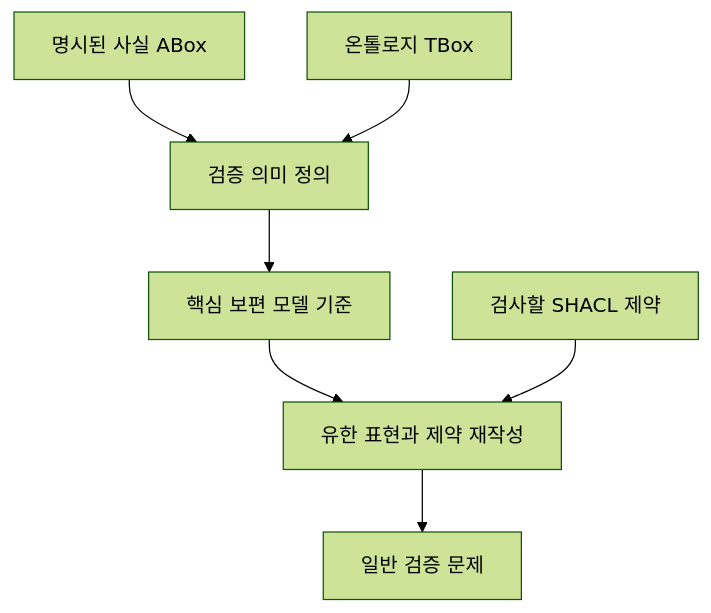
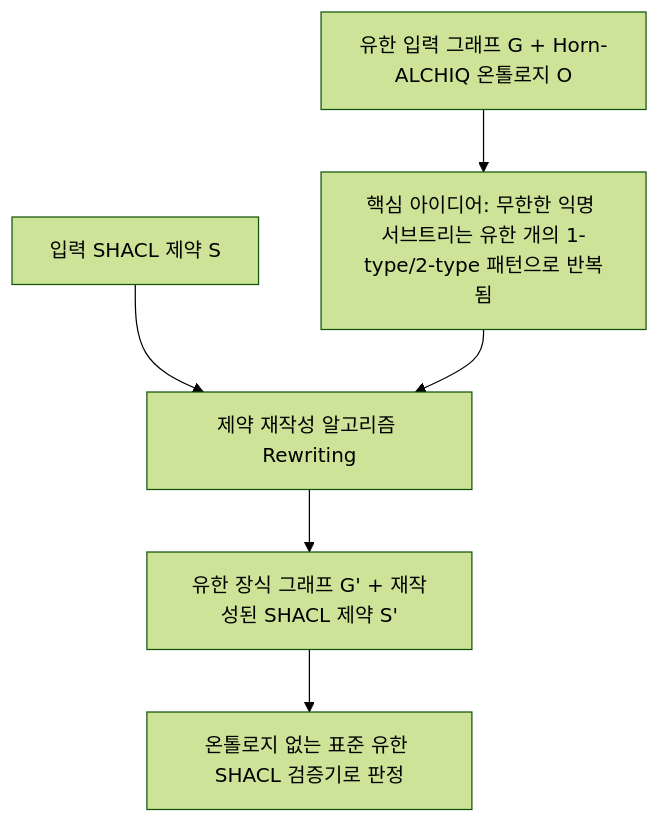
One commit to shinysong/shacl-graphrag changed the diagram in docs/journal/2026-11-05-review-owl-shacl-semantics.md. Above: the diagram before and after it, drawn with Mermaid (forest theme). The commit also changed other lines of this file and 554 other files, not shown here.

````diff
--- a/docs/journal/2026-11-05-review-owl-shacl-semantics.md
+++ b/docs/journal/2026-11-05-review-owl-shacl-semantics.md
@@ -32,9 +121,8 @@
 ```mermaid
 flowchart TD
-    A[명시된 사실 ABox] --> C[검증 의미 정의]
-    B[온톨로지 TBox] --> C
-    C --> D[핵심 보편 모델 기준]
-    D --> E[유한 표현과 제약 재작성]
-    F[검사할 SHACL 제약] --> E
-    E --> G[일반 검증 문제]
+    A[유한 입력 그래프 G + Horn-ALCHIQ 온톨로지 O] --> B[핵심 아이디어: 무한한 익명 서브트리는 유한 개의 1-type/2-type 패턴으로 반복됨]
+    C[입력 SHACL 제약 S] --> D[제약 재작성 알고리즘 Rewriting]
+    B --> D
+    D --> E[유한 장식 그래프 G' + 재작성된 SHACL 제약 S']
+    E --> F[온톨로지 없는 표준 유한 SHACL 검증기로 판정]
 ```
````
